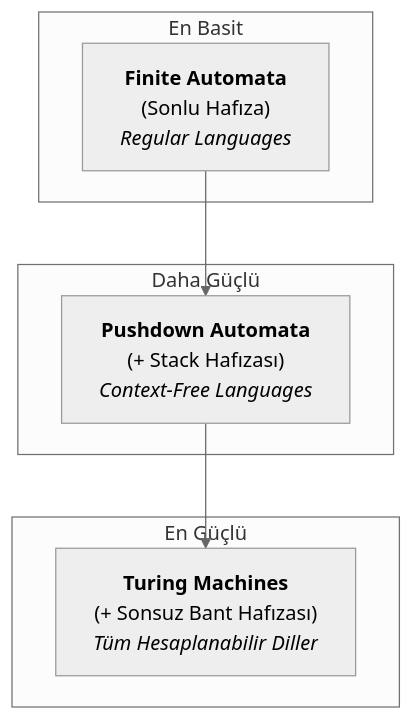
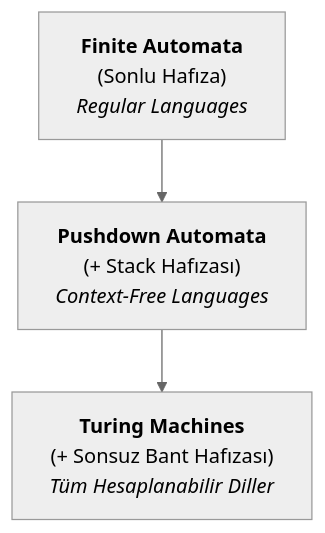
Before and after one commit to tozenbilek/tozenbilek.github.io: the diagram in automata-theory/01-teoriye-giris-ve-temel-kavramlar.md, drawn with Mermaid (neutral theme).

Commit message:
Refactor automata theory documentation by consolidating Mermaid diagram labels into a single block for improved visual clarity. This change enhances the presentation of finite automata, pushdown automata, and Turing machines, maintaining consistency in the diagram structure.

````diff
--- a/automata-theory/01-teoriye-giris-ve-temel-kavramlar.md
+++ b/automata-theory/01-teoriye-giris-ve-temel-kavramlar.md
@@ -70,16 +70,8 @@
 ```mermaid
 graph TD
-    subgraph "En Basit"
-        A["<b>Finite Automata</b><br>(Sonlu Hafıza)<br><i>Regular Languages</i>"]
-    end
-    
-    subgraph "Daha Güçlü"
-        B["<b>Pushdown Automata</b><br>(+ Stack Hafızası)<br><i>Context-Free Languages</i>"]
-    end
-
-    subgraph "En Güçlü"
-        C["<b>Turing Machines</b><br>(+ Sonsuz Bant Hafızası)<br><i>Tüm Hesaplanabilir Diller</i>"]
-    end
+    A["<b>Finite Automata</b><br>(Sonlu Hafıza)<br><i>Regular Languages</i>"]
+    B["<b>Pushdown Automata</b><br>(+ Stack Hafızası)<br><i>Context-Free Languages</i>"]
+    C["<b>Turing Machines</b><br>(+ Sonsuz Bant Hafızası)<br><i>Tüm Hesaplanabilir Diller</i>"]
 
     A --> B --> C
 ```
````
